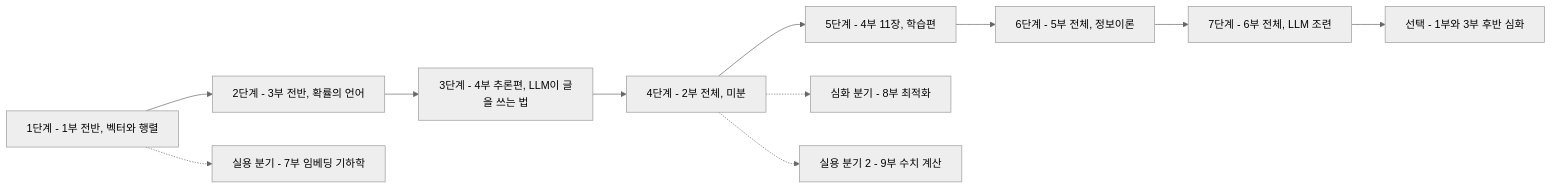
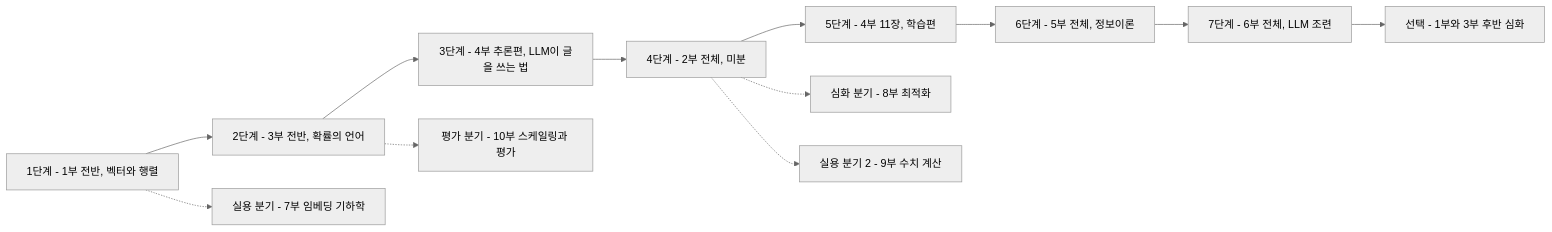
The diagram in README.md (jiyupapa/math-platform), drawn with Mermaid (neutral theme) before and after one commit. The commit also changed other lines of this file and 3 other files, not shown here.

````diff
--- a/README.md
+++ b/README.md
@@ -30,13 +31,14 @@
 ```mermaid
 flowchart LR
     P1a[1단계 - 1부 전반, 벡터와 행렬] --> P3a[2단계 - 3부 전반, 확률의 언어]
     P3a --> P4a[3단계 - 4부 추론편, LLM이 글을 쓰는 법]
     P4a --> P2[4단계 - 2부 전체, 미분]
     P2 --> P4b[5단계 - 4부 11장, 학습편]
     P4b --> P5[6단계 - 5부 전체, 정보이론]
     P5 --> P6[7단계 - 6부 전체, LLM 조련]
     P6 --> OPT[선택 - 1부와 3부 후반 심화]
     P1a -.-> B7[실용 분기 - 7부 임베딩 기하학]
     P2 -.-> B8[심화 분기 - 8부 최적화]
     P2 -.-> B9[실용 분기 2 - 9부 수치 계산]
+    P3a -.-> B10[평가 분기 - 10부 스케일링과 평가]
 ```
````
